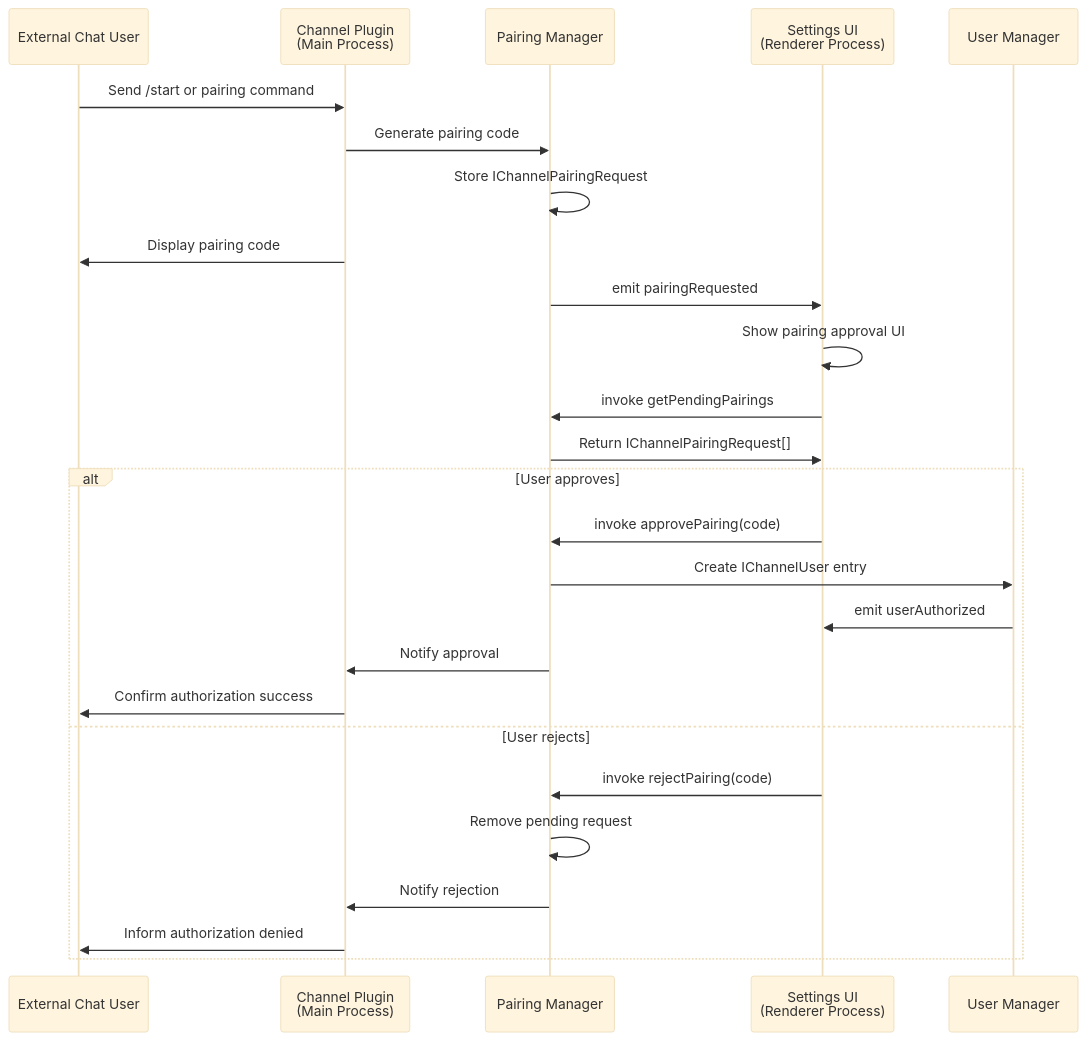
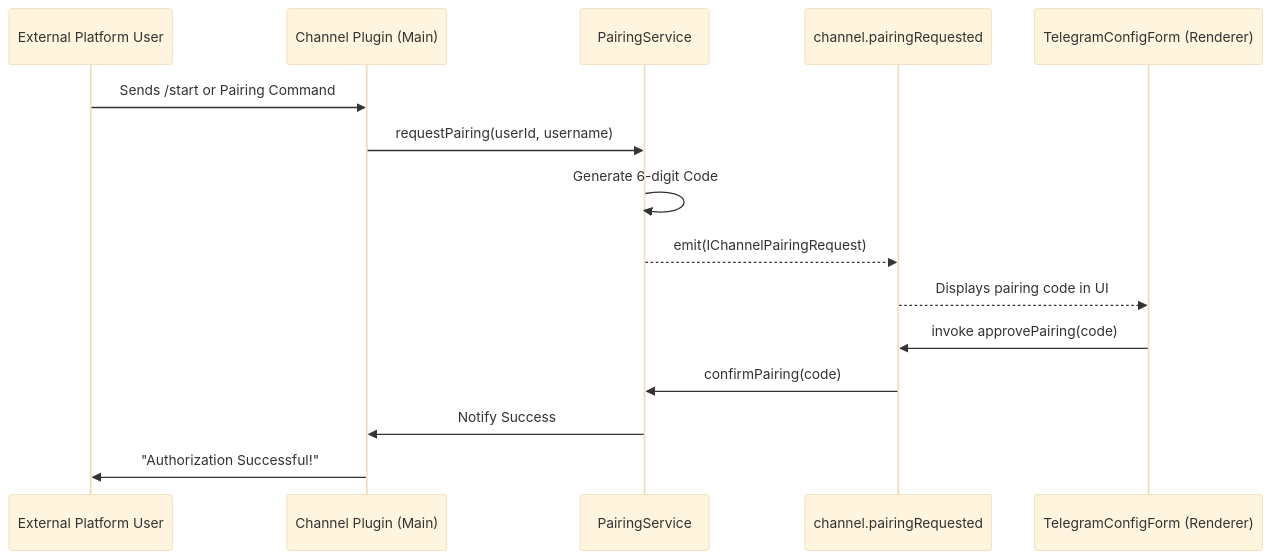
Before and after one commit to blackcater/zentree: the second of 2 diagrams in docs/iOfficeAI_AionUi/channel-integration/channel-architecture.md, drawn with Mermaid (base theme). The commit also changed other lines of this file and 232 other files, not shown here.

````diff
--- a/docs/iOfficeAI_AionUi/channel-integration/channel-architecture.md
+++ b/docs/iOfficeAI_AionUi/channel-integration/channel-architecture.md
@@ -161,31 +133,18 @@
 ```mermaid
 sequenceDiagram
-    participant User as External Chat User
-    participant Plugin as Channel Plugin<br/>(Main Process)
-    participant PairMgr as Pairing Manager
-    participant Renderer as Settings UI<br/>(Renderer Process)
-    participant UserMgr as User Manager
+    participant User as External Platform User
+    participant Plugin as Channel Plugin (Main)
+    participant PS as PairingService
+    participant Bridge as channel.pairingRequested
+    participant UI as TelegramConfigForm (Renderer)
 
-    User->>Plugin: Send /start or pairing command
-    Plugin->>PairMgr: Generate pairing code
-    PairMgr->>PairMgr: Store IChannelPairingRequest
-    Plugin->>User: Display pairing code
-    PairMgr->>Renderer: emit pairingRequested
-
-    Renderer->>Renderer: Show pairing approval UI
-    Renderer->>PairMgr: invoke getPendingPairings
-    PairMgr->>Renderer: Return IChannelPairingRequest[]
-
-    alt User approves
-        Renderer->>PairMgr: invoke approvePairing(code)
-        PairMgr->>UserMgr: Create IChannelUser entry
-        UserMgr->>Renderer: emit userAuthorized
-        PairMgr->>Plugin: Notify approval
-        Plugin->>User: Confirm authorization success
-    else User rejects
-        Renderer->>PairMgr: invoke rejectPairing(code)
-        PairMgr->>PairMgr: Remove pending request
-        PairMgr->>Plugin: Notify rejection
-        Plugin->>User: Inform authorization denied
-    end
+    User->>Plugin: Sends /start or Pairing Command
+    Plugin->>PS: requestPairing(userId, username)
+    PS->>PS: Generate 6-digit Code
+    PS-->>Bridge: emit(IChannelPairingRequest)
+    Bridge-->>UI: Displays pairing code in UI
+    UI->>Bridge: invoke approvePairing(code)
+    Bridge->>PS: confirmPairing(code)
+    PS->>Plugin: Notify Success
+    Plugin->>User: "Authorization Successful!"
 ```
````
